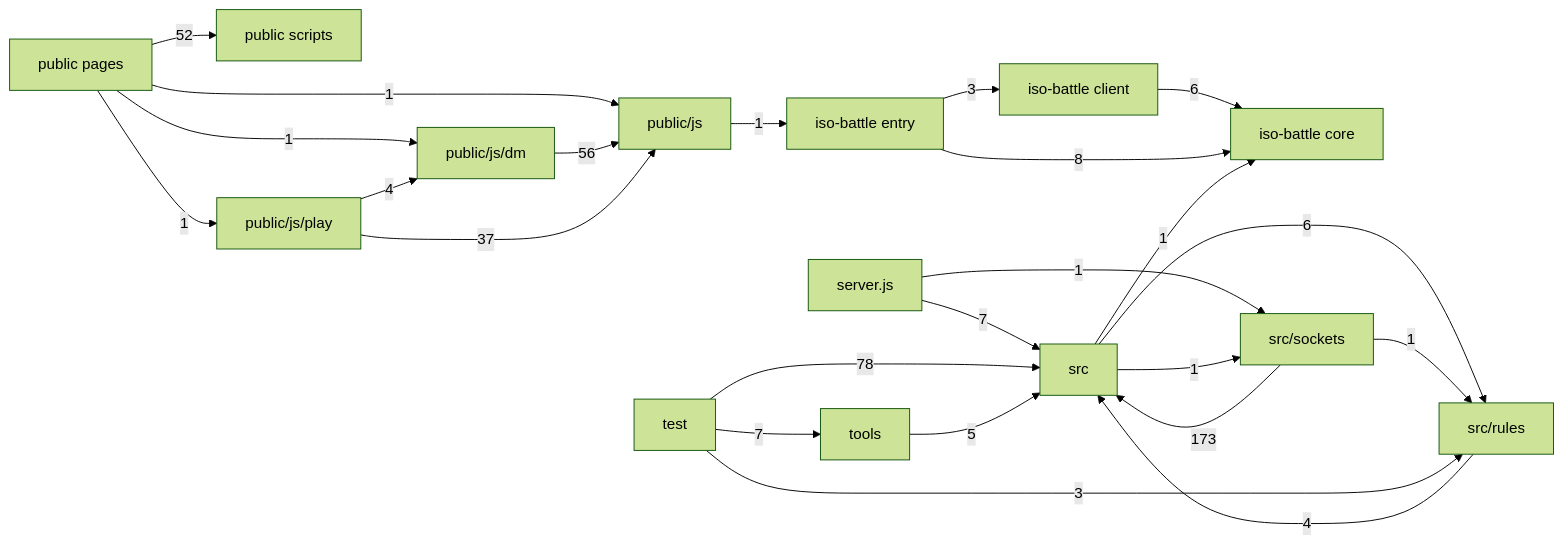
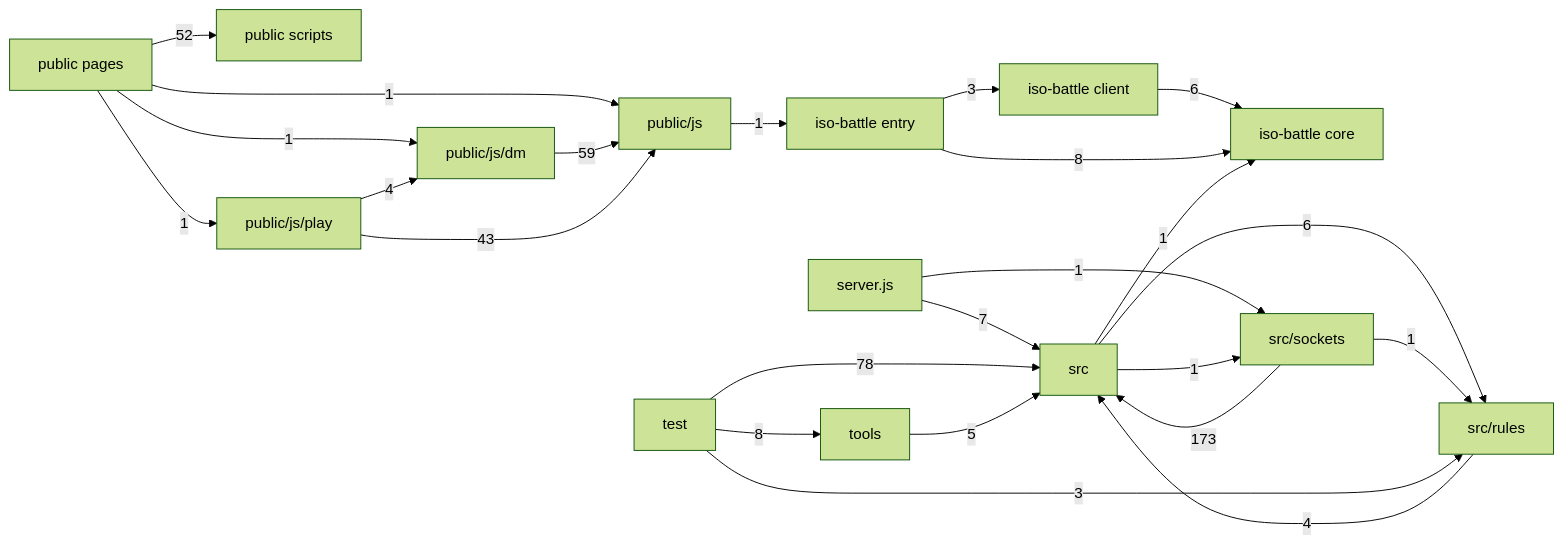
One commit to Greiye/TTRPG-Session-Tool changed the first of 7 diagrams in docs/module-graph.md. Above: the diagram before and after it, drawn with Mermaid (forest theme). The commit also changed other lines of this file and 40 other files, not shown here.

````diff
--- a/docs/module-graph.md
+++ b/docs/module-graph.md
@@ -14,40 +14,40 @@
 ```mermaid
 flowchart LR
   n_a_iso_battle_client["iso-battle client"]
   n_a_iso_battle_core["iso-battle core"]
   n_a_iso_battle_entry["iso-battle entry"]
   n_a_public_pages["public pages"]
   n_a_public_scripts["public scripts"]
   n_a_public_js["public/js"]
   n_a_public_js_dm["public/js/dm"]
   n_a_public_js_play["public/js/play"]
   n_a_server_js["server.js"]
   n_a_src["src"]
   n_a_src_rules["src/rules"]
   n_a_src_sockets["src/sockets"]
   n_a_test["test"]
   n_a_tools["tools"]
   n_a_iso_battle_client -->|6| n_a_iso_battle_core
   n_a_iso_battle_entry -->|3| n_a_iso_battle_client
   n_a_iso_battle_entry -->|8| n_a_iso_battle_core
   n_a_public_pages -->|52| n_a_public_scripts
   n_a_public_pages -->|1| n_a_public_js
   n_a_public_pages -->|1| n_a_public_js_dm
   n_a_public_pages -->|1| n_a_public_js_play
   n_a_public_js -->|1| n_a_iso_battle_entry
-  n_a_public_js_dm -->|56| n_a_public_js
-  n_a_public_js_play -->|37| n_a_public_js
+  n_a_public_js_dm -->|59| n_a_public_js
+  n_a_public_js_play -->|43| n_a_public_js
   n_a_public_js_play -->|4| n_a_public_js_dm
   n_a_server_js -->|7| n_a_src
   n_a_server_js -->|1| n_a_src_sockets
   n_a_src -->|1| n_a_iso_battle_core
   n_a_src -->|6| n_a_src_rules
   n_a_src -->|1| n_a_src_sockets
   n_a_src_rules -->|4| n_a_src
   n_a_src_sockets -->|173| n_a_src
   n_a_src_sockets -->|1| n_a_src_rules
   n_a_test -->|78| n_a_src
   n_a_test -->|3| n_a_src_rules
-  n_a_test -->|7| n_a_tools
+  n_a_test -->|8| n_a_tools
   n_a_tools -->|5| n_a_src
 ```
````
